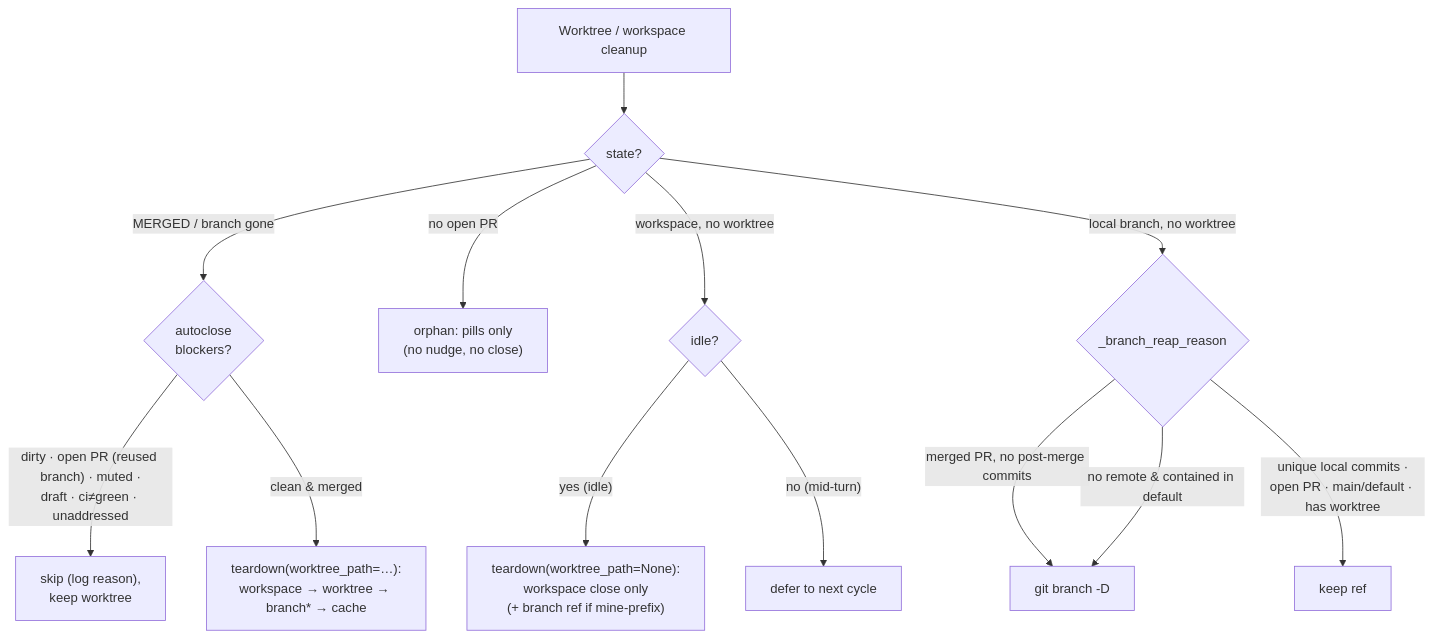
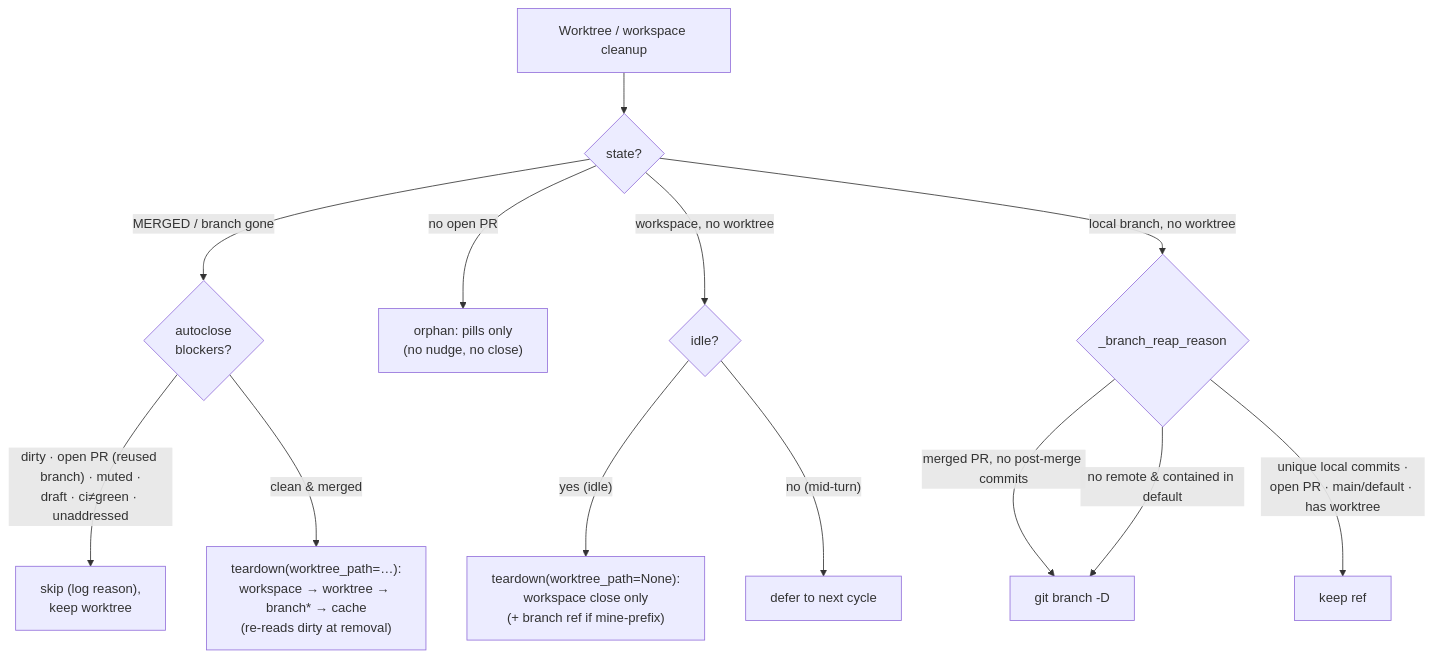
Before and after one commit to khivi/cockpit: the third of 5 diagrams in docs/state-machine.md, drawn with Mermaid. The commit also changed 3 other files, not shown here.

First line of the commit message:
fix(teardown): re-check the dirty tree before a forced worktree removal (#608)

````diff
--- a/docs/state-machine.md
+++ b/docs/state-machine.md
@@ -181,19 +181,19 @@
 ```mermaid
 flowchart TD
   C["Worktree / workspace cleanup"] --> K{"state?"}
 
   K -->|"MERGED / branch gone"| AC{"autoclose<br/>blockers?"}
   AC -->|"dirty · open PR (reused branch) · muted ·<br/>draft · ci≠green · unaddressed"| SK["skip (log reason),<br/>keep worktree"]
-  AC -->|"clean & merged"| TD["teardown(worktree_path=…):<br/>workspace → worktree → branch* → cache"]
+  AC -->|"clean & merged"| TD["teardown(worktree_path=…):<br/>workspace → worktree → branch* → cache<br/>(re-reads dirty at removal)"]
 
   K -->|"no open PR"| OP["orphan: pills only<br/>(no nudge, no close)"]
 
   K -->|"workspace, no worktree"| RP{"idle?"}
   RP -->|"yes (idle)"| EN["teardown(worktree_path=None):<br/>workspace close only<br/>(+ branch ref if mine-prefix)"]
   RP -->|"no (mid-turn)"| DF["defer to next cycle"]
 
   K -->|"local branch, no worktree"| BR{"_branch_reap_reason"}
   BR -->|"merged PR, no post-merge commits"| BD["git branch -D"]
   BR -->|"no remote & contained in default"| BD
   BR -->|"unique local commits ·<br/>open PR · main/default · has worktree"| BK["keep ref"]
 ```
````
